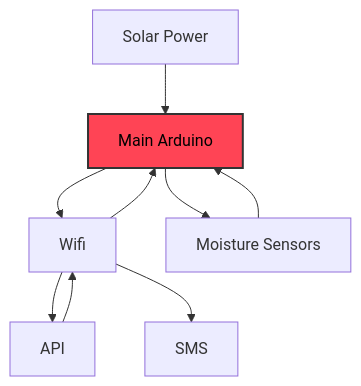
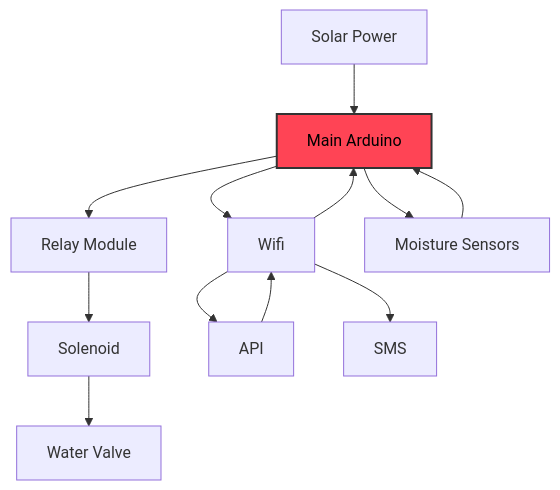
The diagram in README.md (FegelSamuel/Sprinkler-System), drawn with Mermaid before and after one commit.

````diff
--- a/README.md
+++ b/README.md
@@ -1,14 +1,17 @@
 ```mermaid
 graph TD
     A["Solar Power"] --> B["Main Arduino"]
+    B --> G["Relay Module"]
+    G --> H["Solenoid"]
+    H --> M["Water Valve"]
     B["Main Arduino"] --> C["Wifi"]
     C["Wifi"] --> E["API"]
     E["API"] --> C["Wifi"]
     C["Wifi"] --> F["SMS"]
     C["Wifi"] --> B["Main Arduino"]
     D["Moisture Sensors"] --> B["Main Arduino"]
     B --> D
     classDef red fill:#f45,stroke:#333,stroke-width:2px;
     style B color:black;
     class B red;
 ```
````
